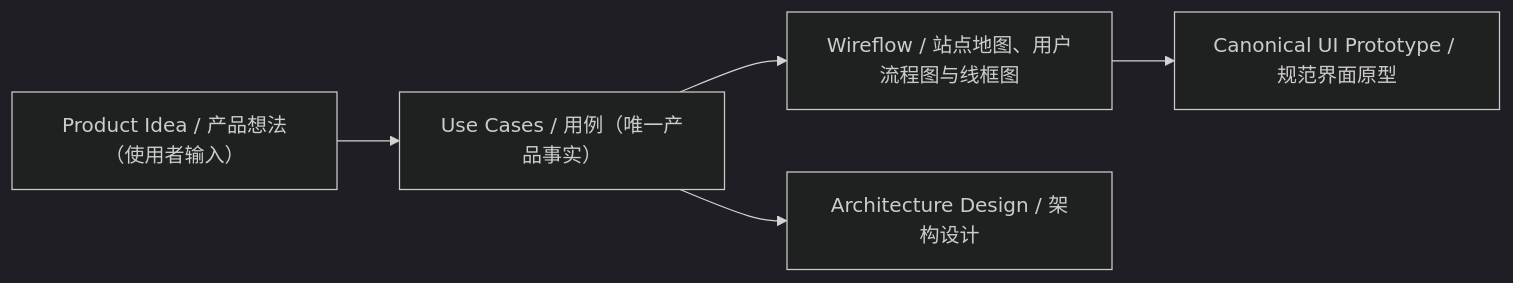
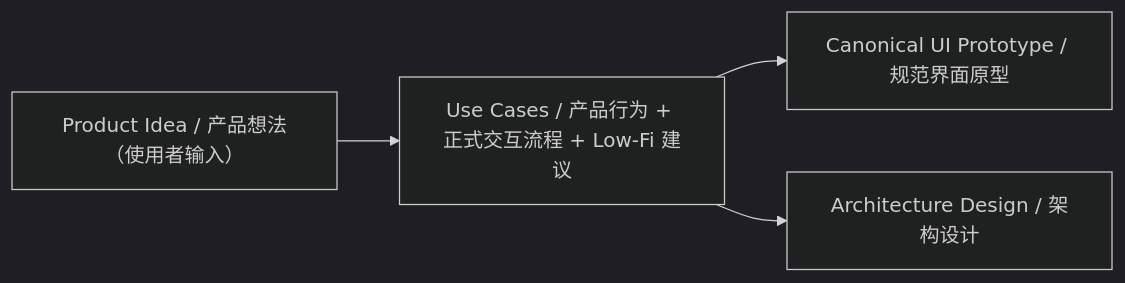
One commit to bigsmartben/pre-sdd changed the first of 3 diagrams in templates/workspace/README.md. Above: the diagram before and after it, drawn with Mermaid (dark theme). The commit also changed other lines of this file and 23 other files, not shown here.

````diff
--- a/templates/workspace/README.md
+++ b/templates/workspace/README.md
@@ -34,7 +34,6 @@
 ```mermaid
 flowchart LR
-    I["Product Idea / 产品想法（使用者输入）"] --> U["Use Cases / 用例（唯一产品事实）"]
-    U --> W["Wireflow / 站点地图、用户流程图与线框图"]
-    W --> C["Canonical UI Prototype / 规范界面原型"]
+    I["Product Idea / 产品想法（使用者输入）"] --> U["Use Cases / 产品行为 + 正式交互流程 + Low-Fi 建议"]
+    U --> C["Canonical UI Prototype / 规范界面原型"]
     U --> A["Architecture Design / 架构设计"]
 ```
````
